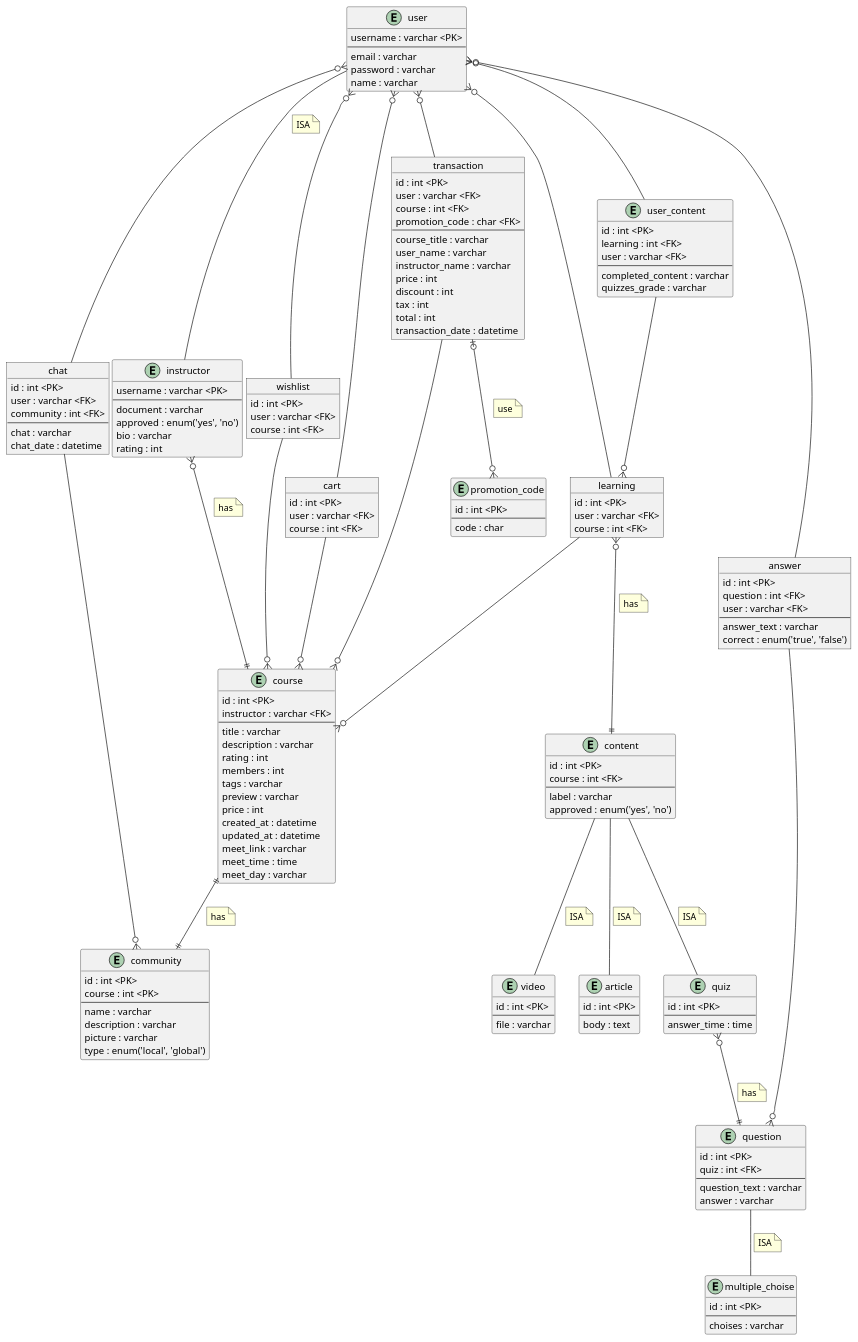
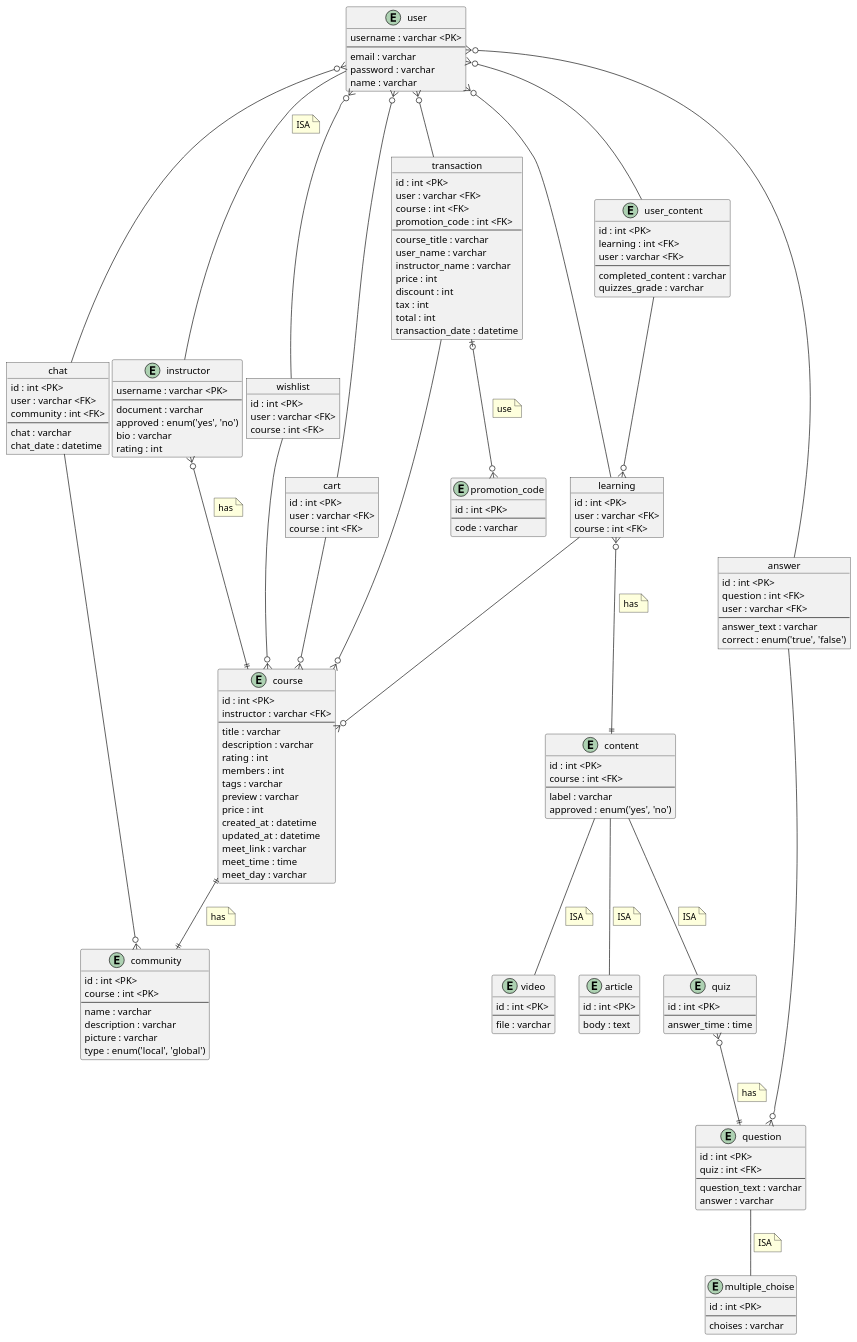
One commit to iqmalakur/LearNteach changed the diagram in docs/diagrams/entity-relationship.puml. Above: the diagram before and after it, drawn with PlantUML. The commit also changed 2 other files, not shown here.

```diff
--- a/docs/diagrams/entity-relationship.puml
+++ b/docs/diagrams/entity-relationship.puml
@@ -68,14 +68,14 @@
 entity promotion_code {
     id : int <PK>
     --
-    code : char
+    code : varchar
 }
 
 object transaction {
     id : int <PK>
     user : varchar <FK>
     course : int <FK>
-    promotion_code : char <FK>
+    promotion_code : int <FK>
     --
     course_title : varchar
     user_name : varchar
```
